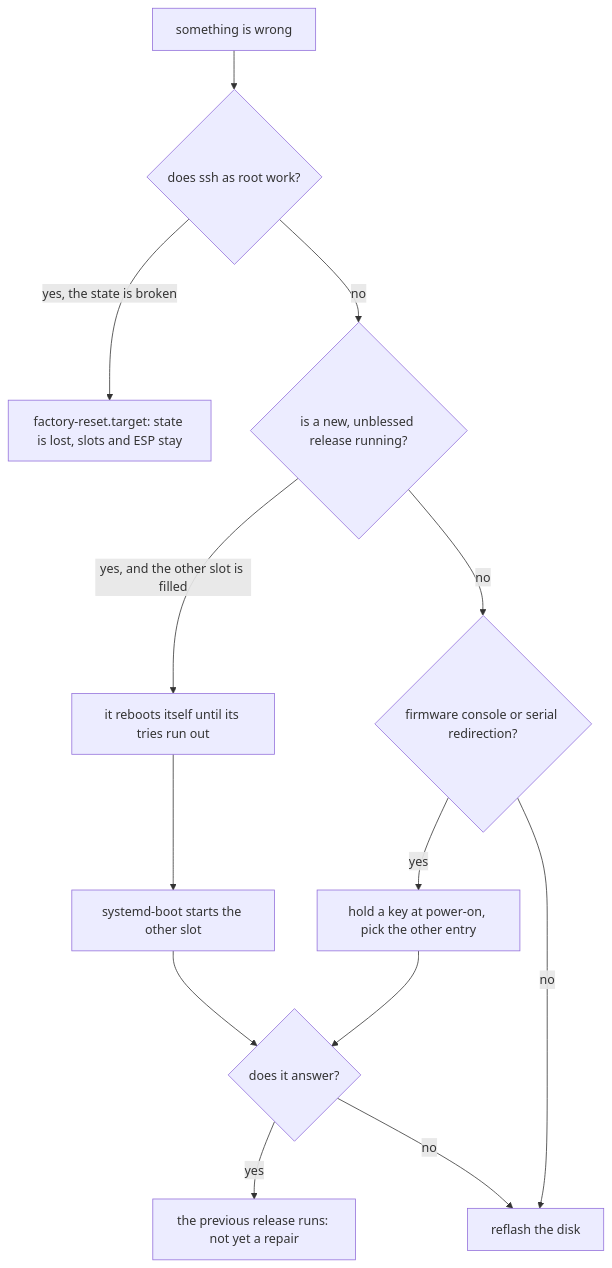
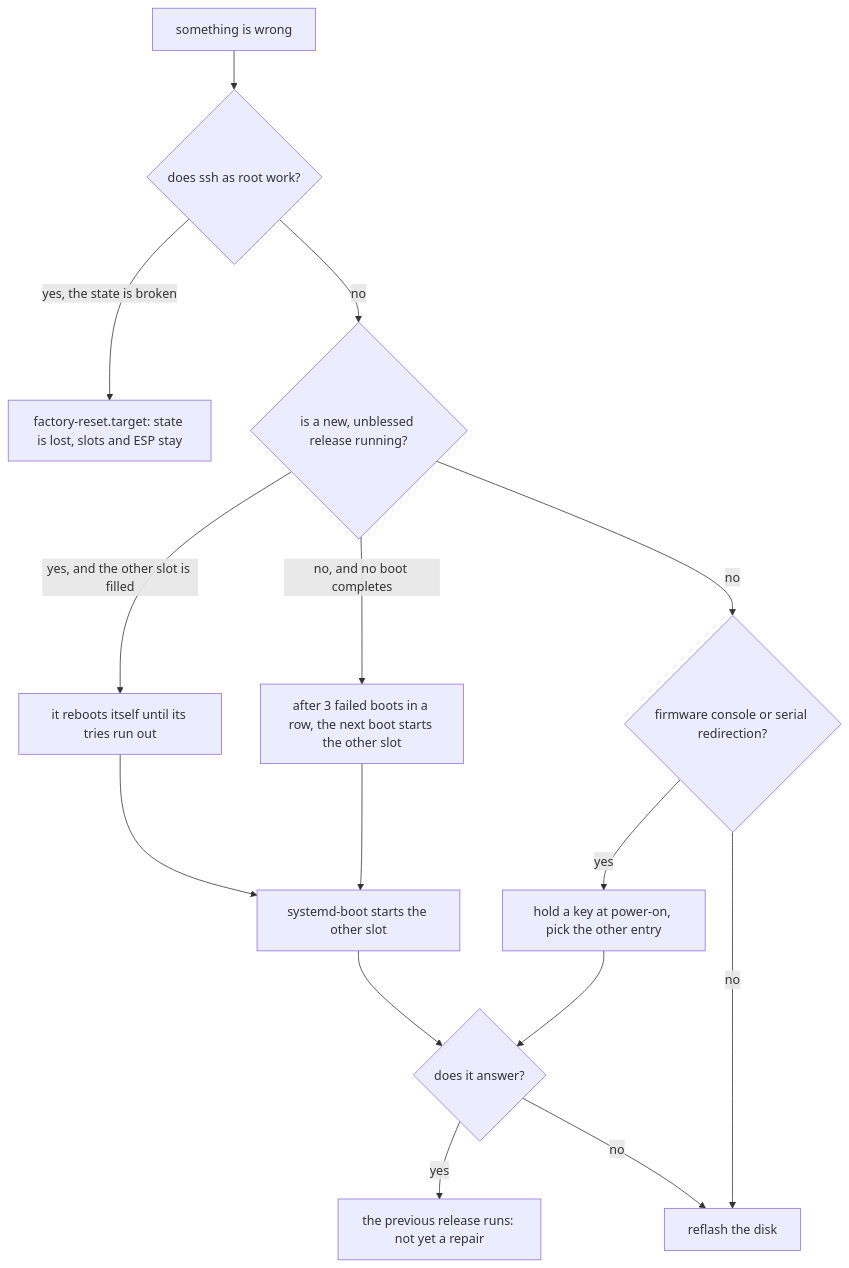
Before and after one commit to slophaer/golconda: the diagram in docs/features/factory-reset.md, drawn with Mermaid. The commit also changed other lines of this file, not shown here.

First line of the commit message:
docs: add the failed-boot fallback to factory-reset

````diff
--- a/docs/features/factory-reset.md
+++ b/docs/features/factory-reset.md
@@ -19,15 +19,17 @@
 ```mermaid
 flowchart TD
   start[something is wrong] --> ssh{does ssh as root work?}
   ssh -->|yes, the state is broken| reset[factory-reset.target: state is lost, slots and ESP stay]
   ssh -->|no| fresh{is a new, unblessed release running?}
   fresh -->|yes, and the other slot is filled| reboot[it reboots itself until its tries run out]
   reboot --> other[systemd-boot starts the other slot]
+  fresh -->|no, and no boot completes| count[after 3 failed boots in a row, the next boot starts the other slot]
+  count --> other
   fresh -->|no| menu{firmware console or serial redirection?}
   menu -->|yes| pick[hold a key at power-on, pick the other entry]
   menu -->|no| reflash[reflash the disk]
   other --> works{does it answer?}
   pick --> works
   works -->|yes| older[the previous release runs: not yet a repair]
   works -->|no| reflash
 ```
````
